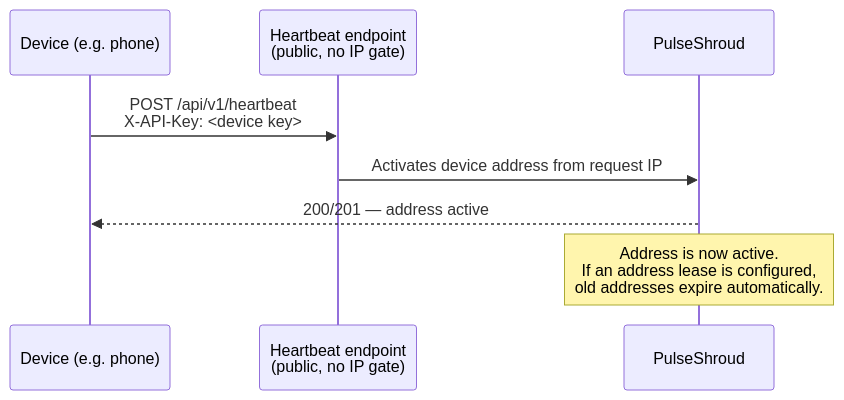
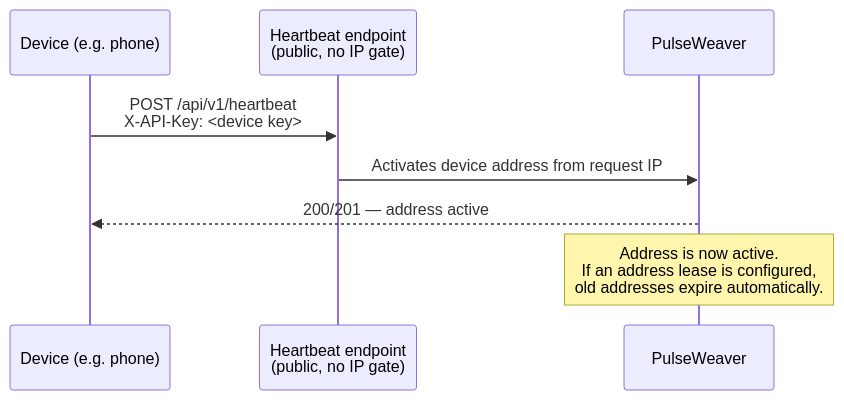
The second of 2 diagrams in README.md (DiegoGuidaF/PulseWeaver), drawn with Mermaid before and after one commit. The commit also changed other lines of this file and 83 other files, not shown here.

Commit message:
feat(general): Rename application to PulseWeaver

````diff
--- a/README.md
+++ b/README.md
@@ -68,10 +68,10 @@
 ```mermaid
 sequenceDiagram
     participant D as Device (e.g. phone)
     participant H as Heartbeat endpoint<br/>(public, no IP gate)
-    participant W as PulseShroud
+    participant W as PulseWeaver
     D ->> H: POST /api/v1/heartbeat<br/>X-API-Key: <device key>
     H ->> W: Activates device address from request IP
     W -->> D: 200/201 — address active
     Note over W: Address is now active.<br/>If an address lease is configured,<br/>old addresses expire automatically.
 ```
````
